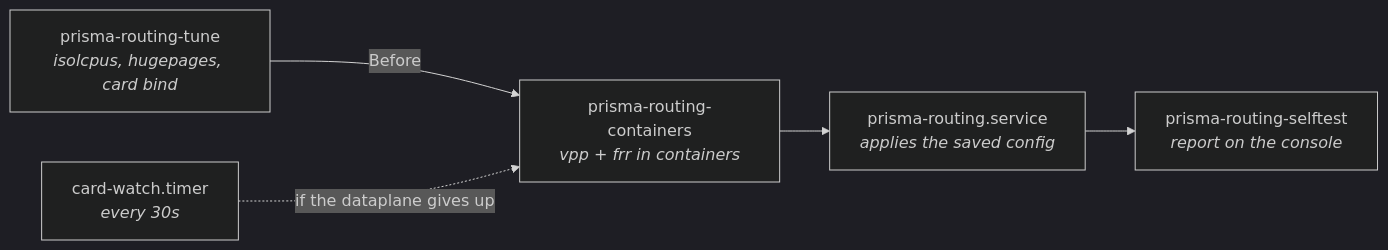
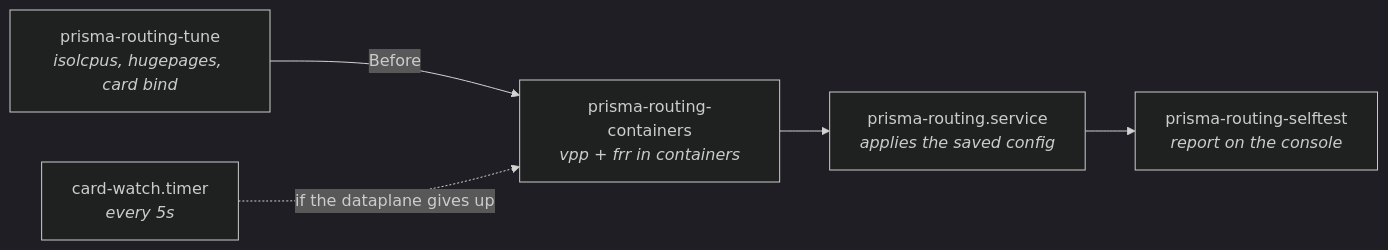
Before and after one commit to andrediashexa/prismarouting: the first of 2 diagrams in wiki/operate/operations-and-troubleshooting.md, drawn with Mermaid (dark theme). The commit also changed other lines of this file and 101 other files, not shown here.

````diff
--- a/wiki/operate/operations-and-troubleshooting.md
+++ b/wiki/operate/operations-and-troubleshooting.md
@@ -246,7 +246,7 @@
 ```mermaid
 flowchart LR
     T["prisma-routing-tune<br/><i>isolcpus, hugepages, card bind</i>"] -->|Before| C["prisma-routing-containers<br/><i>vpp + frr in containers</i>"]
     C --> H["prisma-routing.service<br/><i>applies the saved config</i>"]
     H --> S["prisma-routing-selftest<br/><i>report on the console</i>"]
-    W["card-watch.timer<br/><i>every 30s</i>"] -.->|if the dataplane gives up| C
+    W["card-watch.timer<br/><i>every 5s</i>"] -.->|if the dataplane gives up| C
 ```
````
